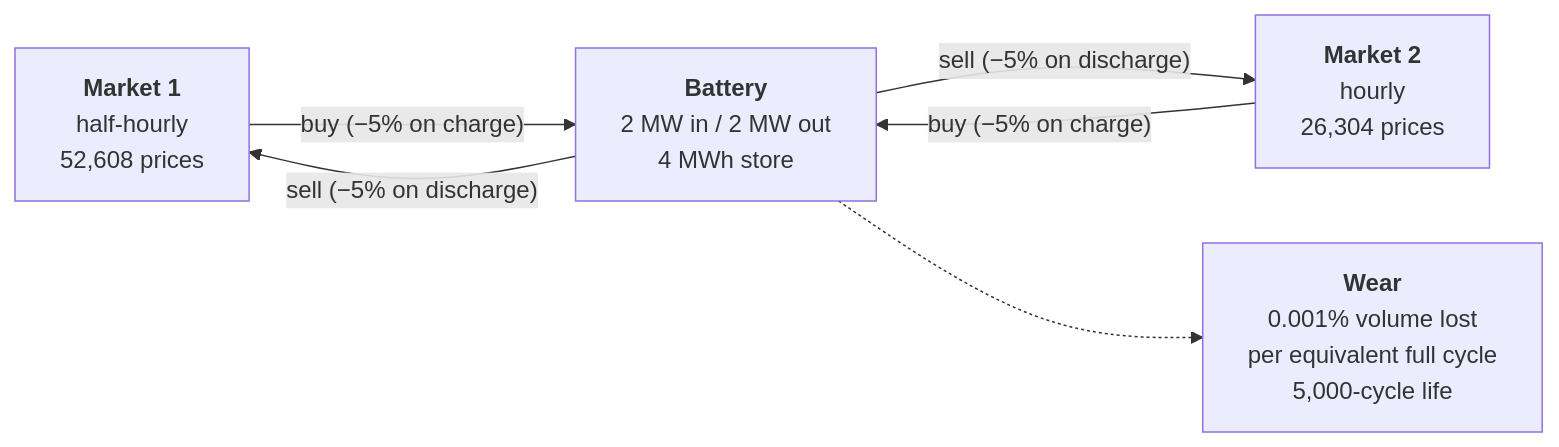
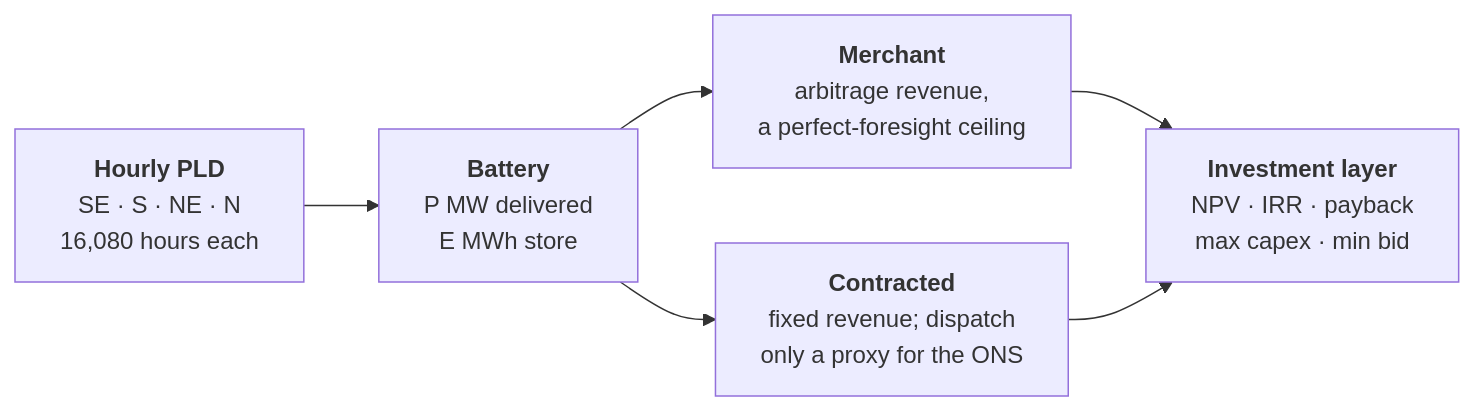
Before and after one commit to GuilhermePFM/BatteryDispatchModel: the second of 3 diagrams in README.md, drawn with Mermaid. The commit also changed other lines of this file and 242 other files, not shown here.

First line of the commit message:
feat: adapt BatteryPlan to the Brazilian PLD market

````diff
--- a/README.md
+++ b/README.md
@@ -111,13 +108,12 @@
 ```mermaid
 flowchart LR
-    M1["<b>Market 1</b><br/>half-hourly<br/>52,608 prices"]
-    M2["<b>Market 2</b><br/>hourly<br/>26,304 prices"]
-    B["<b>Battery</b><br/>2 MW in / 2 MW out<br/>4 MWh store"]
+    P["<b>Hourly PLD</b><br/>SE · S · NE · N<br/>16,080 hours each"]
+    B["<b>Battery</b><br/>P MW delivered<br/>E MWh store"]
+    M["<b>Merchant</b><br/>arbitrage revenue,<br/>a perfect-foresight ceiling"]
+    C["<b>Contracted</b><br/>fixed revenue; dispatch<br/>only a proxy for the ONS"]
+    F["<b>Investment layer</b><br/>NPV · IRR · payback<br/>max capex · min bid"]
 
-    M1 -- "buy (−5% on charge)" --> B
-    M2 -- "buy (−5% on charge)" --> B
-    B -- "sell (−5% on discharge)" --> M1
-    B -- "sell (−5% on discharge)" --> M2
-
-    B -.-> D["<b>Wear</b><br/>0.001% volume lost<br/>per equivalent full cycle<br/>5,000-cycle life"]
+    P --> B
+    B --> M --> F
+    B --> C --> F
 ```
````
